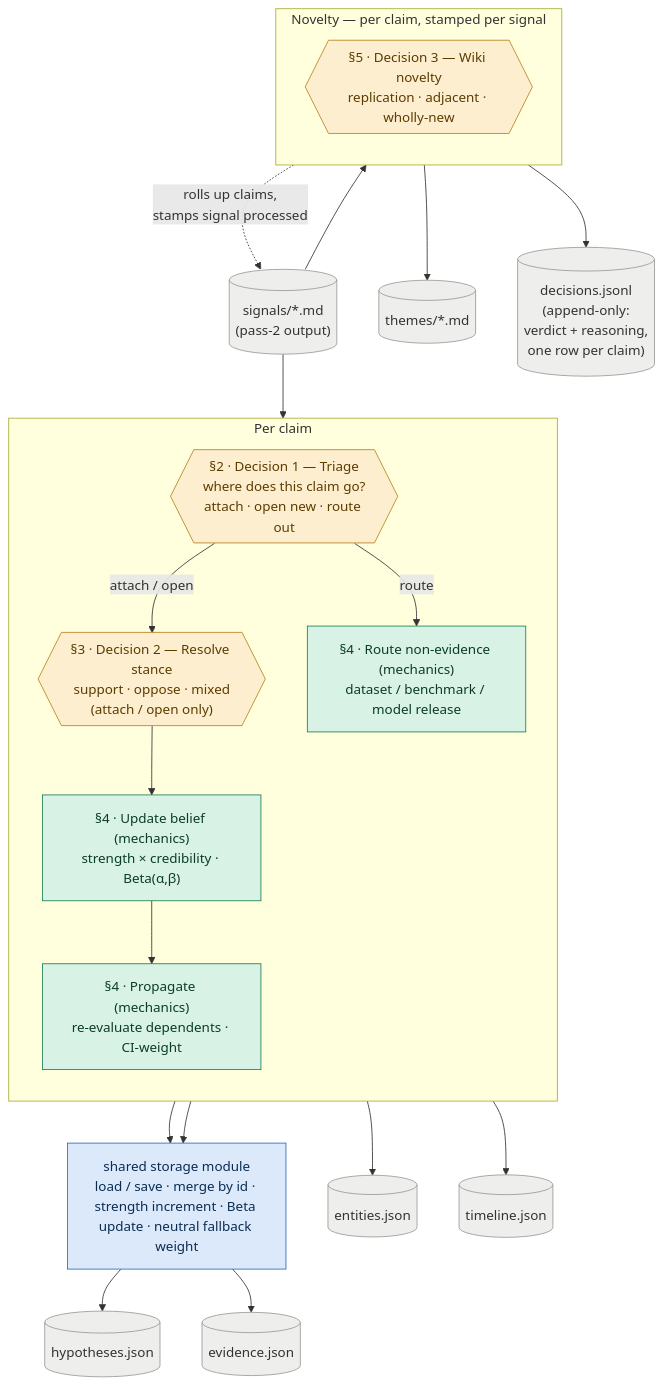
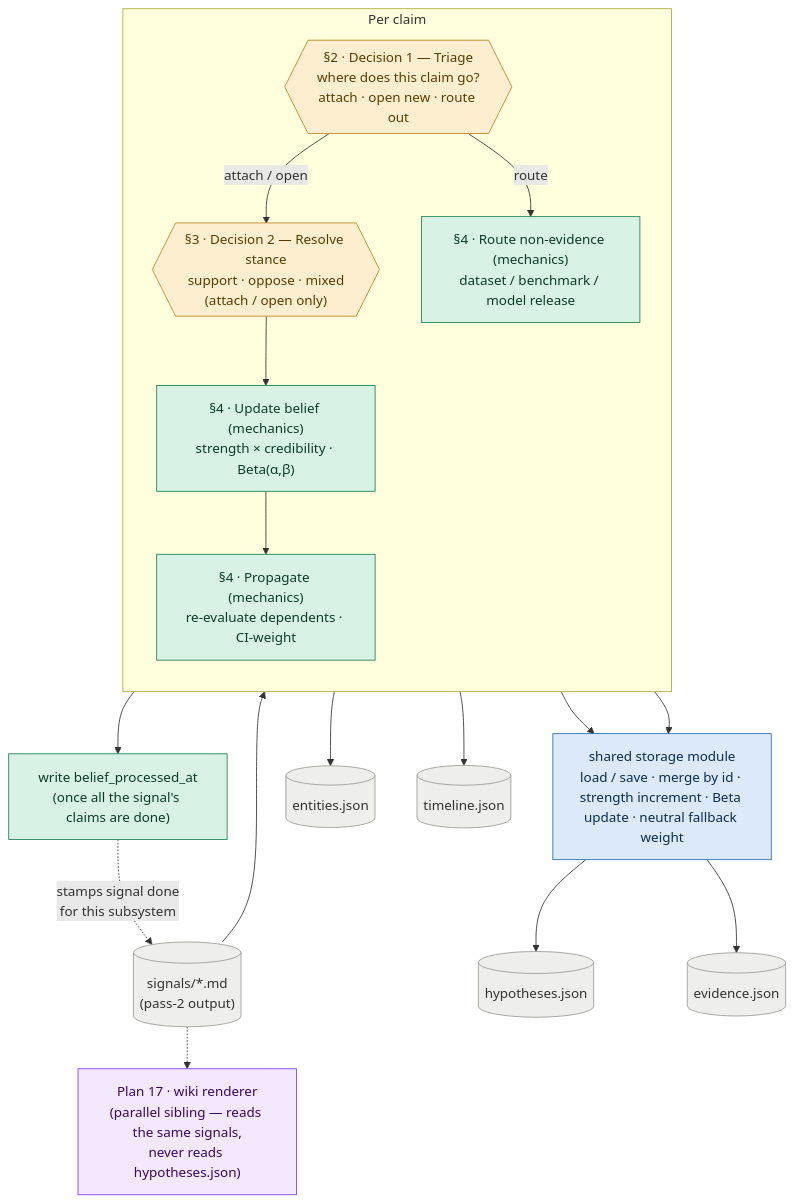
Before and after one commit to jmamath/distill: the diagram in docs/planning/backlog/9_knowledge_update_loop.md, drawn with Mermaid. The commit also changed other lines of this file and 4 other files, not shown here.

````diff
--- a/docs/planning/backlog/9_knowledge_update_loop.md
+++ b/docs/planning/backlog/9_knowledge_update_loop.md
@@ -22,41 +26,38 @@
 ```mermaid
 flowchart TB
     sig[("signals/*.md<br/>(pass-2 output)")]:::data
 
     subgraph perclaim["Per claim"]
         direction TB
         d1{{"§2 · Decision 1 — Triage<br/>where does this claim go?<br/>attach · open new · route out"}}:::llm
         d2{{"§3 · Decision 2 — Resolve stance<br/>support · oppose · mixed<br/>(attach / open only)"}}:::llm
         belief["§4 · Update belief (mechanics)<br/>strength × credibility · Beta(α,β)"]:::det
         prop["§4 · Propagate (mechanics)<br/>re-evaluate dependents · CI-weight"]:::det
         route["§4 · Route non-evidence (mechanics)<br/>dataset / benchmark / model release"]:::det
     end
 
-    subgraph persignal["Novelty — per claim, stamped per signal"]
-        direction TB
-        d3{{"§5 · Decision 3 — Wiki novelty<br/>replication · adjacent · wholly-new"}}:::llm
-    end
-
     store["shared storage module<br/>load / save · merge by id · strength increment · Beta update · neutral fallback weight"]:::store
+    done["write belief_processed_at<br/>(once all the signal's claims are done)"]:::det
 
     sig --> d1
     d1 -->|attach / open| d2
     d1 -->|route| route
     d2 --> belief --> prop
     belief --> store
     prop --> store
     store --> hyp[("hypotheses.json")]:::data
     store --> ev[("evidence.json")]:::data
     route --> ent[("entities.json")]:::data
     route --> tl[("timeline.json")]:::data
+    perclaim --> done
+    done -. "stamps signal done<br/>for this subsystem" .-> sig
 
-    sig --> d3
-    d3 --> themes[("themes/*.md")]:::data
-    d3 --> dlog[("decisions.jsonl<br/>(append-only:<br/>verdict + reasoning,<br/>one row per claim)")]:::data
-    d3 -. "rolls up claims,<br/>stamps signal processed" .-> sig
+    renderer["Plan 17 · wiki renderer<br/>(parallel sibling — reads the same signals,<br/>never reads hypotheses.json)"]:::ext
+    sig -.-> renderer
 
     classDef llm fill:#fdeecf,stroke:#b9821f,color:#5c3d00;
     classDef det fill:#d9f2e6,stroke:#1a7f52,color:#0b3d26;
     classDef store fill:#dbe9fb,stroke:#2b6cb0,color:#0b2d52;
     classDef data fill:#eeeeec,stroke:#9a9a96,color:#333333;
+    classDef ext fill:#f3e8fd,stroke:#7c3aed,color:#3b0764;
 ```
````
